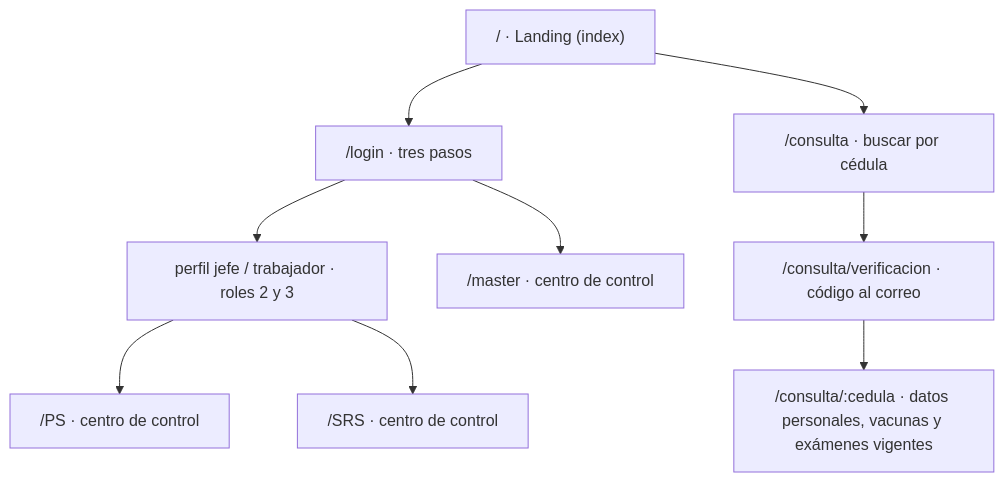
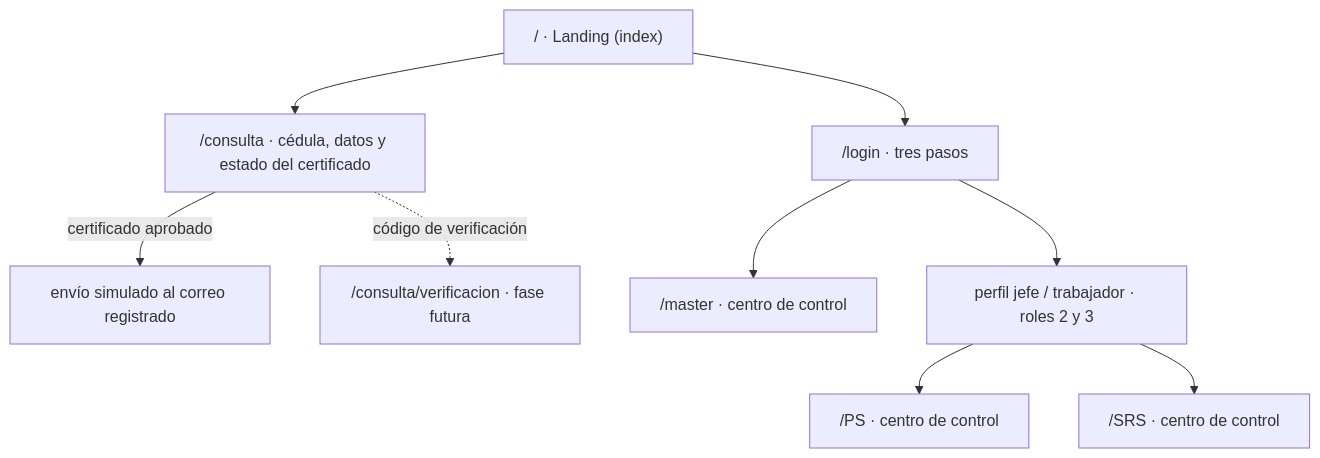
Before and after one commit to svengeance07/VIHpositivoXD: the first of 2 diagrams in docs/diseno/vistas.md, drawn with Mermaid. The commit also changed other lines of this file and 23 other files, not shown here.

````diff
--- a/docs/diseno/vistas.md
+++ b/docs/diseno/vistas.md
@@ -46,20 +46,21 @@
 ```mermaid
 flowchart TD
     index["/ · Landing (index)"]
     login["/login · tres pasos"]
-    consulta["/consulta · buscar por cédula"]
-    otp["/consulta/verificacion · código al correo"]
-    ficha["/consulta/:cedula · datos personales, vacunas y exámenes vigentes"]
+    consulta["/consulta · cédula, datos y estado del certificado"]
+    correo["envío simulado al correo registrado"]
+    otp["/consulta/verificacion · fase futura"]
 
     master["/master · centro de control"]
     ps["/PS · centro de control"]
     srs["/SRS · centro de control"]
 
     index --> login
     index --> consulta
-    consulta --> otp --> ficha
+    consulta -->|certificado aprobado| correo
+    consulta -.->|código de verificación| otp
     login --> master
     login --> perfil["perfil jefe / trabajador · roles 2 y 3"]
     perfil --> ps
     perfil --> srs
 ```
````
